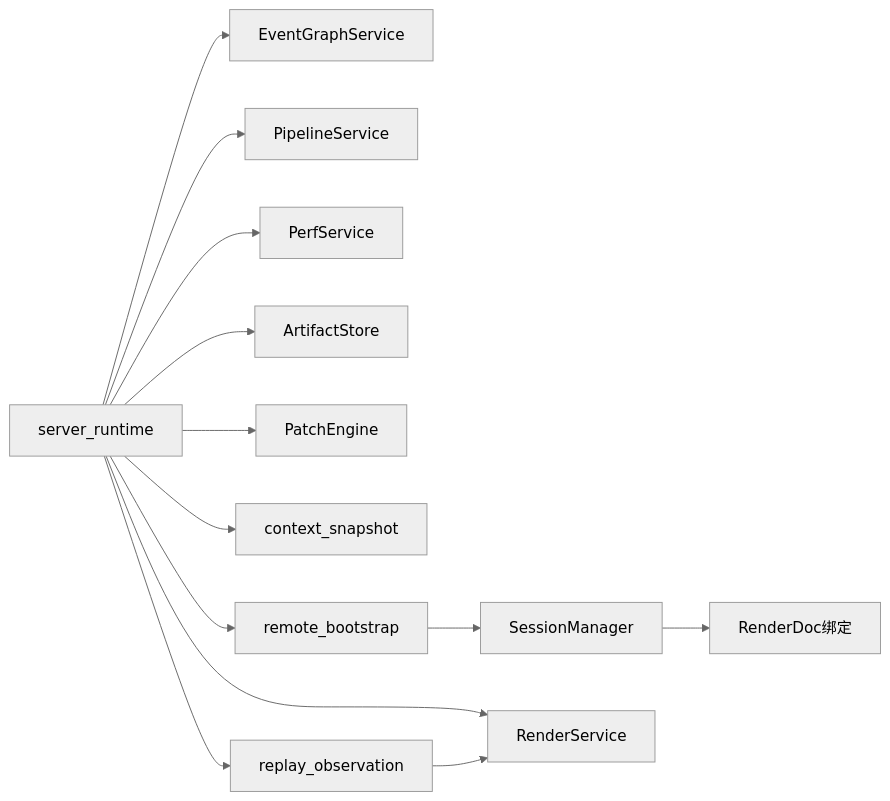
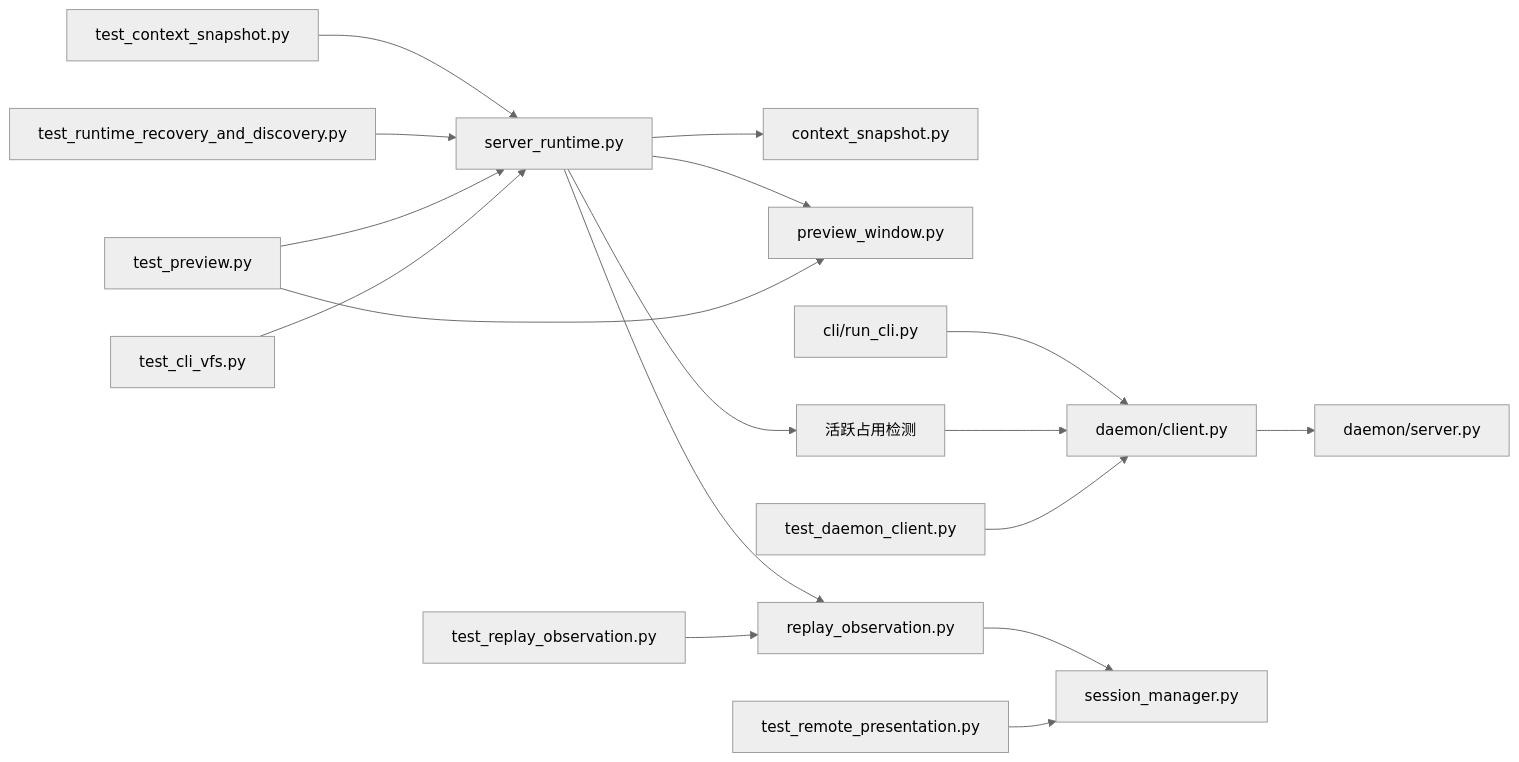
One commit to haolange/RDC-Tool changed diagram 13 of 13 in .qoder/repowiki/zh/content/核心概念/会话模型.md. Above: the diagram before and after it, drawn with Mermaid (neutral theme). The commit also changed other lines of this file and 180 other files, not shown here.

````diff
--- a/.qoder/repowiki/zh/content/核心概念/会话模型.md
+++ b/.qoder/repowiki/zh/content/核心概念/会话模型.md
@@ -335,15 +522,19 @@
 ```mermaid
 graph LR
-SM["SessionManager"] --> RD["RenderDoc绑定"]
-SR["server_runtime"] --> ES["EventGraphService"]
-SR --> RS["RenderService"]
-SR --> PS["PipelineService"]
-SR --> PF["PerfService"]
-SR --> AS["ArtifactStore"]
-SR --> PE["PatchEngine"]
-SR --> CS["context_snapshot"]
-SR --> RO["replay_observation"]
-SR --> RB["remote_bootstrap"]
-RO --> RS
-RB --> SM
+SR["server_runtime.py"] --> CS["context_snapshot.py"]
+SR --> PW["preview_window.py"]
+DC["daemon/client.py"] --> DS["daemon/server.py"]
+CLI["cli/run_cli.py"] --> DC
+SR --> OCC["活跃占用检测"]
+OCC --> DC
+SR --> RO["replay_observation.py"]
+RO --> SM["session_manager.py"]
+TCS["test_context_snapshot.py"] --> SR
+TRR["test_runtime_recovery_and_discovery.py"] --> SR
+TP["test_preview.py"] --> SR
+TP --> PW
+TCV["test_cli_vfs.py"] --> SR
+TDC["test_daemon_client.py"] --> DC
+TRP["test_remote_presentation.py"] --> SM
+TRO["test_replay_observation.py"] --> RO
 ```
````
